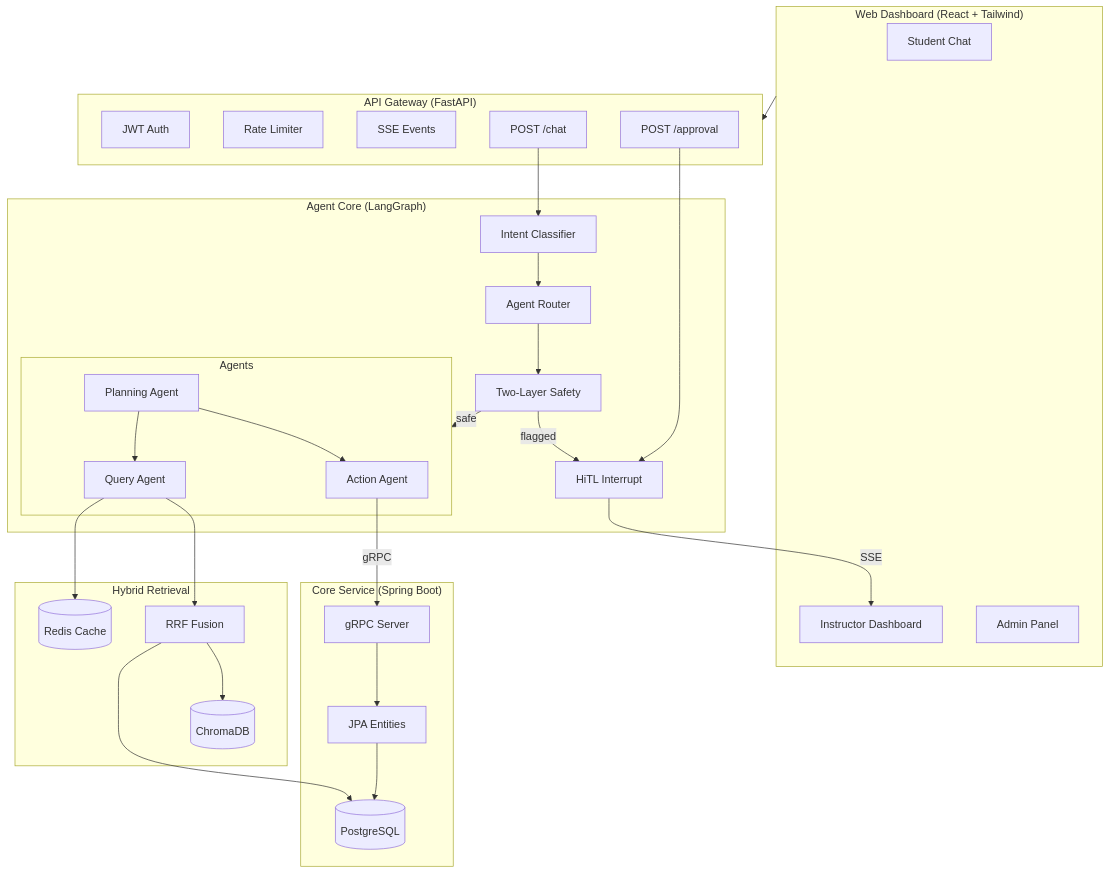
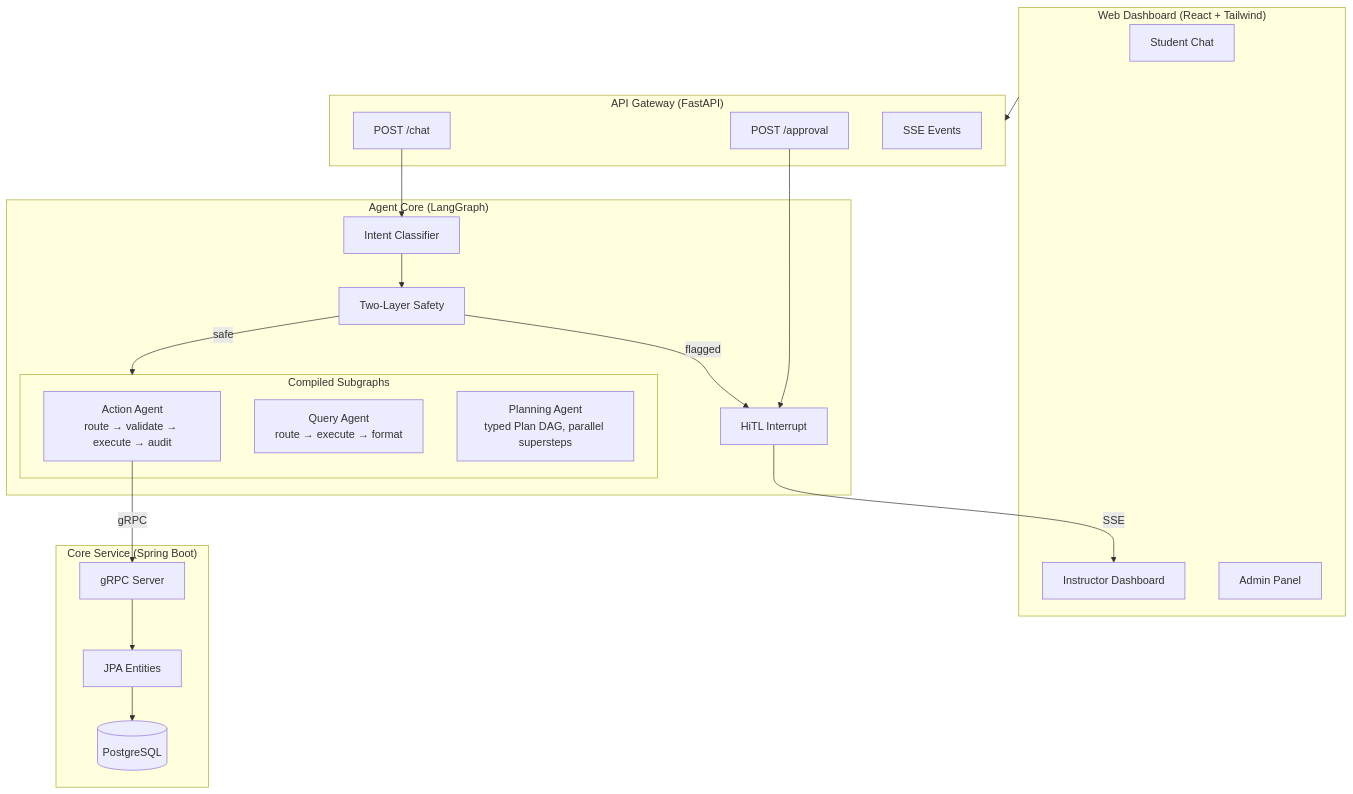
Before and after one commit to C-byChloe/realityai-agents: the diagram in README.md, drawn with Mermaid. The commit also changed other lines of this file and 5 other files, not shown here.

First line of the commit message:
docs: rewrite README with attribution, add 4 ADRs and architecture reference

````diff
--- a/README.md
+++ b/README.md
@@ -13,59 +16,42 @@
 ```mermaid
 graph TB
     subgraph Client["Web Dashboard (React + Tailwind)"]
         SC[Student Chat]
         ID[Instructor Dashboard]
         AP[Admin Panel]
     end
 
     subgraph Gateway["API Gateway (FastAPI)"]
-        JWT[JWT Auth]
-        RL[Rate Limiter]
-        SSE[SSE Events]
         Chat[POST /chat]
         Approval[POST /approval]
+        SSE[SSE Events]
     end
 
     subgraph AgentCore["Agent Core (LangGraph)"]
         IC[Intent Classifier]
-        AR[Agent Router]
         Safety[Two-Layer Safety]
         HiTL[HiTL Interrupt]
 
-        subgraph Agents
-            AA[Action Agent]
-            QA[Query Agent]
-            PA[Planning Agent]
+        subgraph Subgraphs["Compiled Subgraphs"]
+            AA[Action Agent<br/>route → validate → execute → audit]
+            QA[Query Agent<br/>route → execute → format]
+            PA[Planning Agent<br/>typed Plan DAG, parallel supersteps]
         end
     end
 
     subgraph Backend["Core Service (Spring Boot)"]
         gRPC[gRPC Server]
         JPA[JPA Entities]
         PG[(PostgreSQL)]
     end
 
-    subgraph Retrieval["Hybrid Retrieval"]
-        Chroma[(ChromaDB)]
-        RRF[RRF Fusion]
-        RC[(Redis Cache)]
-    end
-
     Client --> Gateway
     Chat --> IC
-    IC --> AR
-    AR --> Safety
-    Safety -->|safe| Agents
+    IC --> Safety
+    Safety -->|safe| Subgraphs
     Safety -->|flagged| HiTL
     HiTL -->|SSE| ID
     Approval --> HiTL
-
     AA -->|gRPC| gRPC
     gRPC --> JPA --> PG
-    QA --> RRF
-    RRF --> Chroma
-    RRF --> PG
-    QA --> RC
-    PA --> AA
-    PA --> QA
 ```
````
